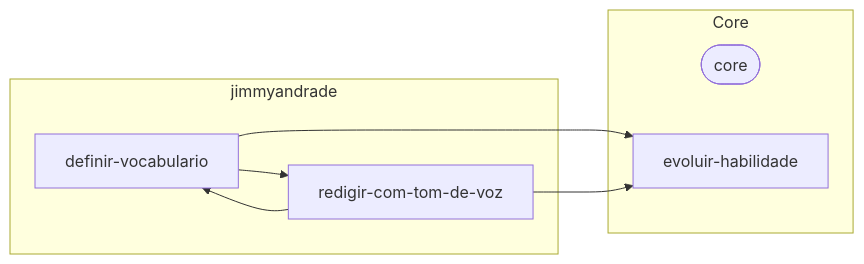
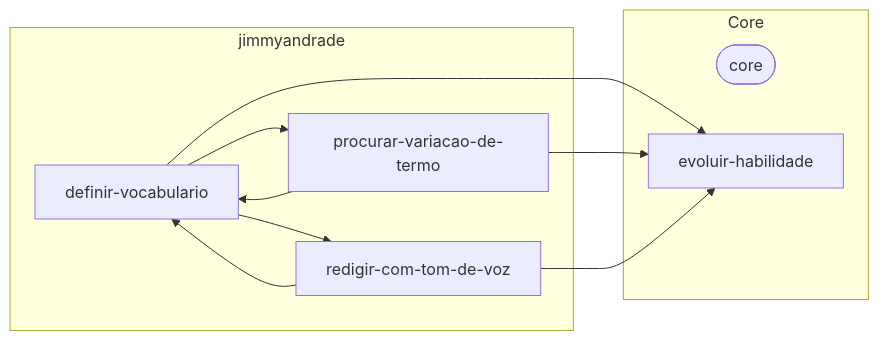
The diagram in .agents/skills/README.md (jimmyandrade/harness), drawn with Mermaid before and after one commit. The commit also changed 5 other files, not shown here.

First line of the commit message:
refactor(definir-vocabulario): move variation questions to their own skill (#33)

````diff
--- a/.agents/skills/README.md
+++ b/.agents/skills/README.md
@@ -11,15 +11,19 @@
 ```mermaid
 flowchart LR
   subgraph project["jimmyandrade"]
     definir_vocabulario["definir-vocabulario"]
+    procurar_variacao_de_termo["procurar-variacao-de-termo"]
     redigir_com_tom_de_voz["redigir-com-tom-de-voz"]
   end
   subgraph core["Core"]
     core_plugin(["core"])
     evoluir_habilidade["evoluir-habilidade"]
   end
   definir_vocabulario --> evoluir_habilidade
+  definir_vocabulario --> procurar_variacao_de_termo
   definir_vocabulario --> redigir_com_tom_de_voz
+  procurar_variacao_de_termo --> definir_vocabulario
+  procurar_variacao_de_termo --> evoluir_habilidade
   redigir_com_tom_de_voz --> definir_vocabulario
   redigir_com_tom_de_voz --> evoluir_habilidade
 ```
````
